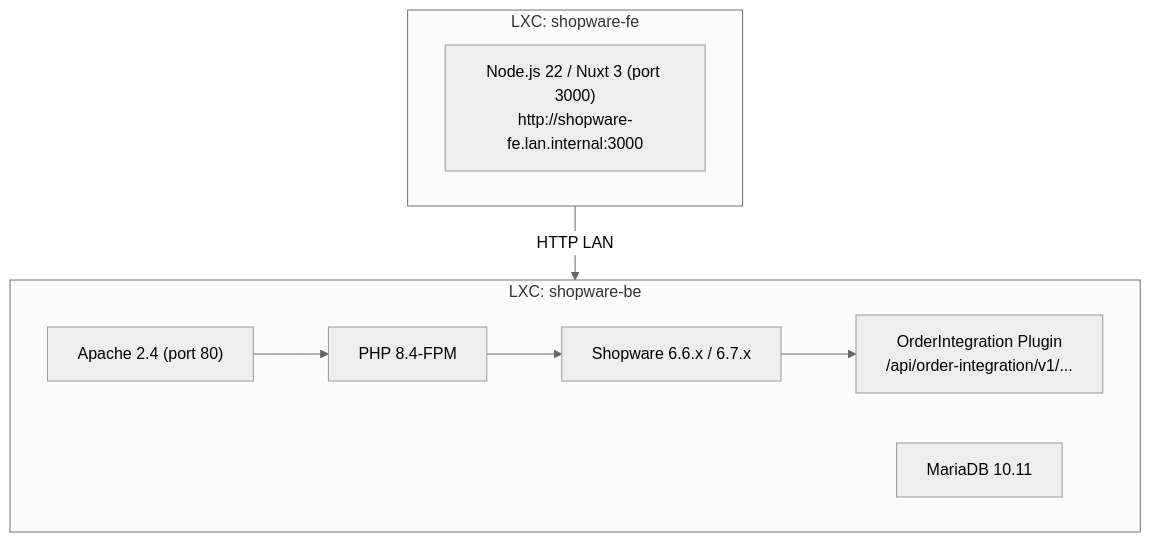
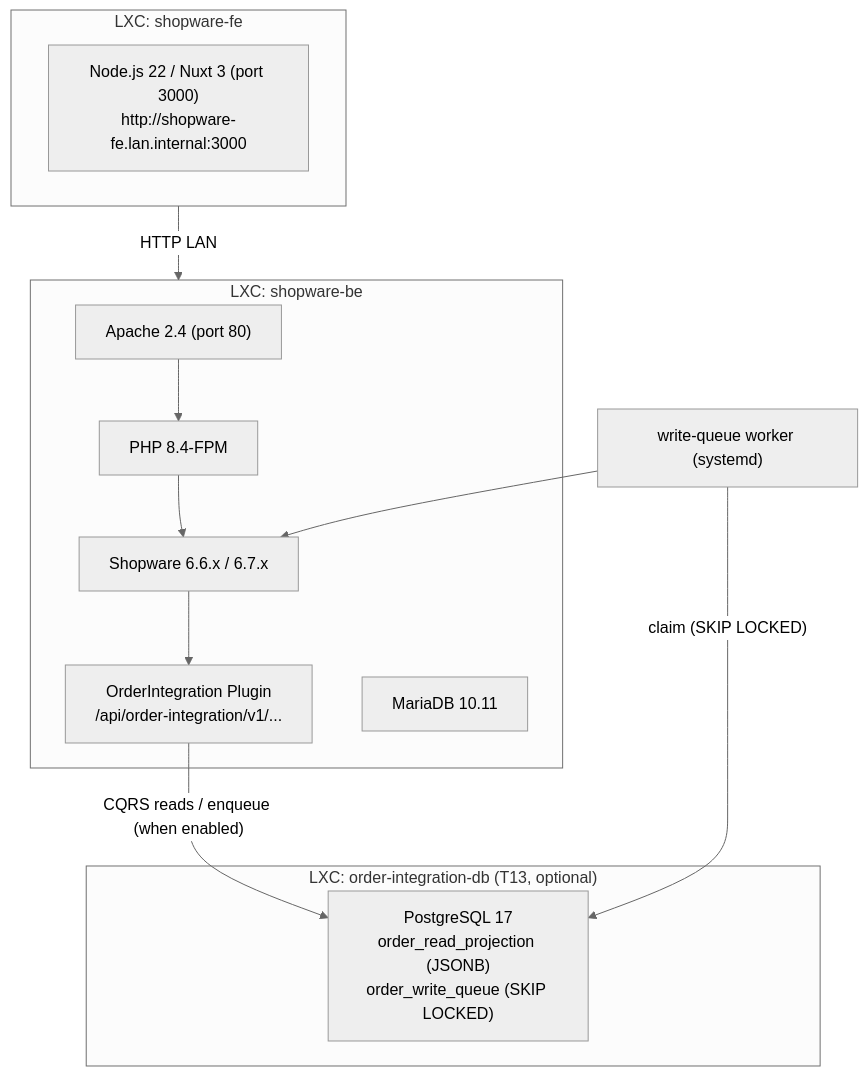
One commit to Scotty42/shopware changed the diagram in README.md. Above: the diagram before and after it, drawn with Mermaid (neutral theme). The commit also changed other lines of this file and 31 other files, not shown here.

First line of the commit message:
feat(cqrs): read projection + write queue for parallel production load (T13)

````diff
--- a/README.md
+++ b/README.md
@@ -28,17 +28,25 @@
 ```mermaid
 graph TB
     subgraph BE["LXC: shopware-be"]
         Apache["Apache 2.4 (port 80)"]
         PHP["PHP 8.4-FPM"]
         SW["Shopware 6.6.x / 6.7.x"]
         Plugin["OrderIntegration Plugin\n/api/order-integration/v1/..."]
         DB["MariaDB 10.11"]
         Apache --> PHP --> SW --> Plugin
     end
 
     subgraph FE["LXC: shopware-fe"]
         Nuxt["Node.js 22 / Nuxt 3 (port 3000)\nhttp://shopware-fe.lan.internal:3000"]
     end
 
     FE -->|"HTTP LAN"| BE
+
+    subgraph DBLXC["LXC: order-integration-db (T13, optional)"]
+        PG["PostgreSQL 17\norder_read_projection (JSONB)\norder_write_queue (SKIP LOCKED)"]
+    end
+    Worker["write-queue worker (systemd)"]
+    Plugin -->|"CQRS reads / enqueue (when enabled)"| PG
+    Worker -->|"claim (SKIP LOCKED)"| PG
+    Worker --> SW
 ```
````
